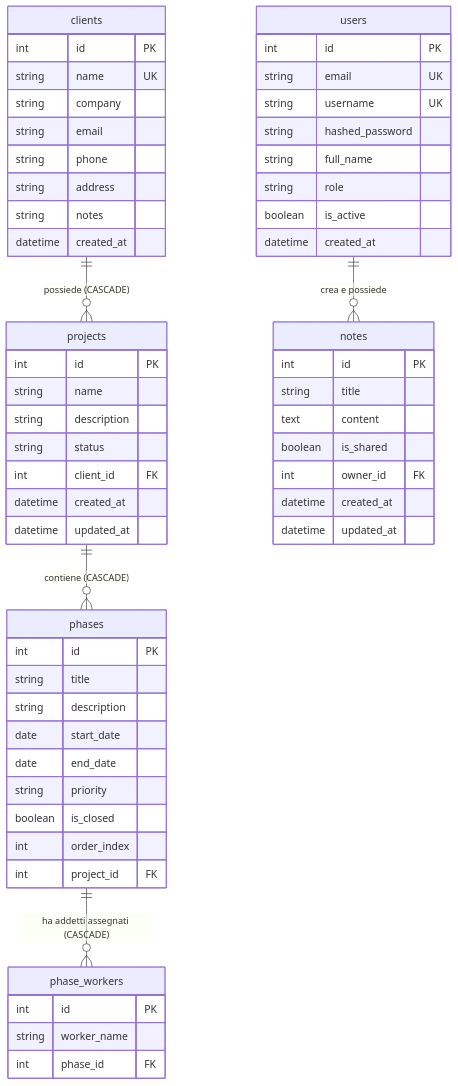
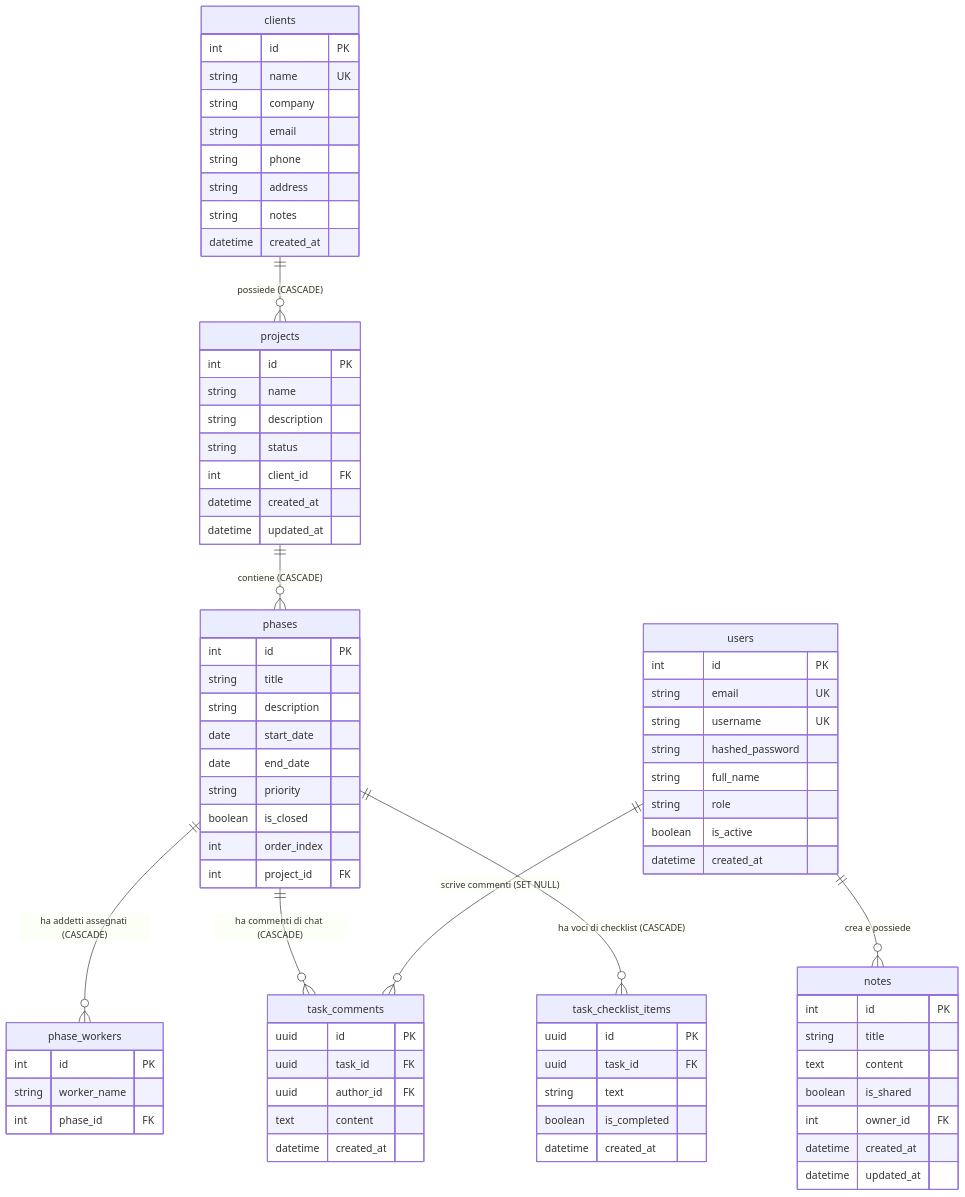
One commit to TurnTheBait/HiPlan changed the second of 2 diagrams in docs/TECHNICAL_DOCUMENTATION.md. Above: the diagram before and after it, drawn with Mermaid. The commit also changed other lines of this file and 9 other files, not shown here.

Commit message:
refactor: remove task attachment functionality and update related API endpoints, schemas, and UI components

````diff
--- a/docs/TECHNICAL_DOCUMENTATION.md
+++ b/docs/TECHNICAL_DOCUMENTATION.md
@@ -84,6 +84,22 @@
         int phase_id FK
     }
 
+    task_comments {
+        uuid id PK
+        uuid task_id FK
+        uuid author_id FK
+        text content
+        datetime created_at
+    }
+
+    task_checklist_items {
+        uuid id PK
+        uuid task_id FK
+        string text
+        boolean is_completed
+        datetime created_at
+    }
+
     notes {
         int id PK
         string title
@@ -97,5 +113,8 @@
     clients ||--o{ projects : "possiede (CASCADE)"
     projects ||--o{ phases : "contiene (CASCADE)"
     phases ||--o{ phase_workers : "ha addetti assegnati (CASCADE)"
+    phases ||--o{ task_comments : "ha commenti di chat (CASCADE)"
+    phases ||--o{ task_checklist_items : "ha voci di checklist (CASCADE)"
     users ||--o{ notes : "crea e possiede"
+    users ||--o{ task_comments : "scrive commenti (SET NULL)"
 ```
````
